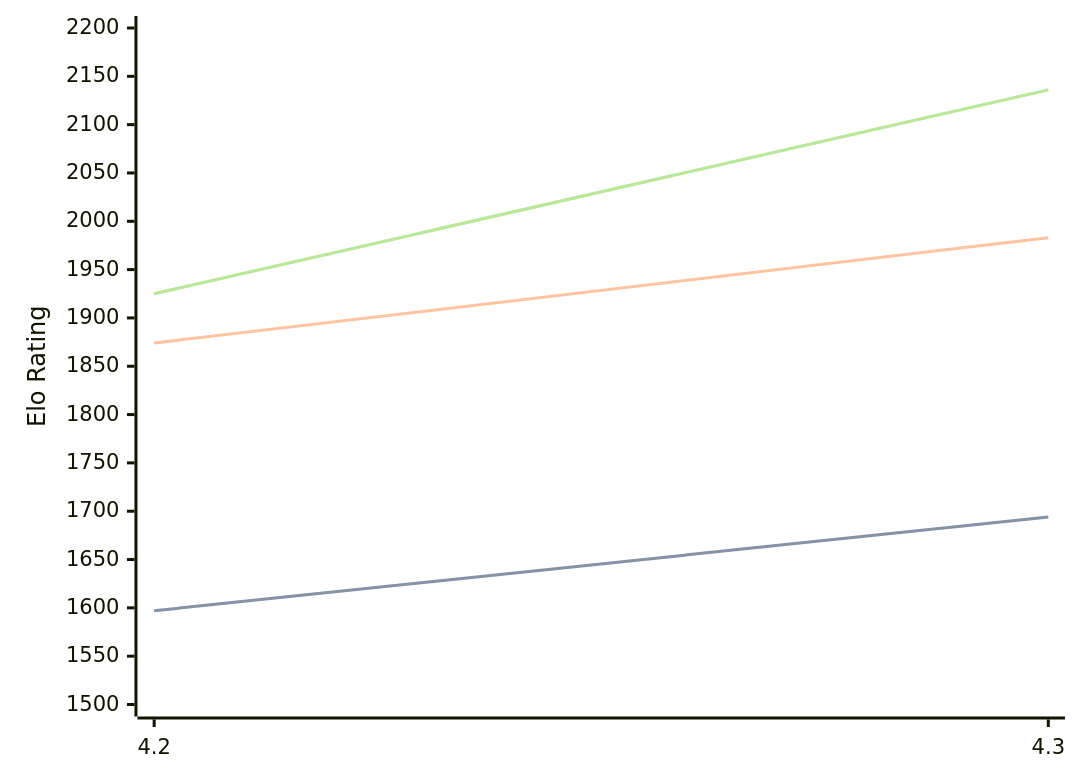
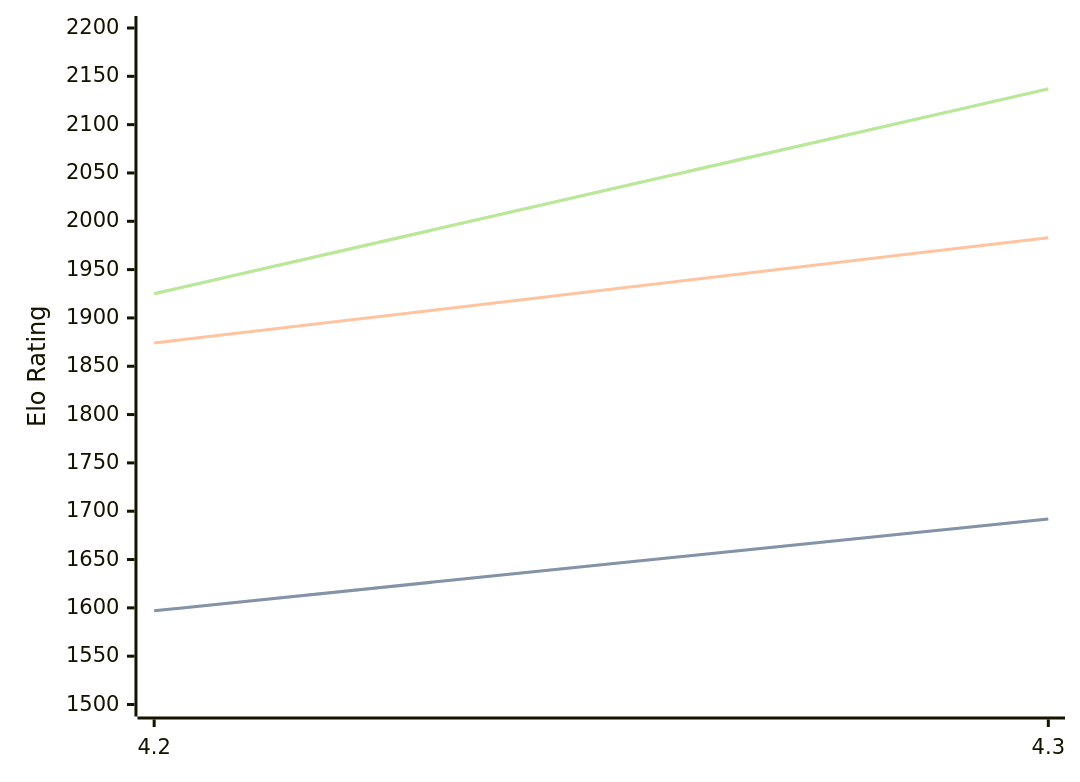
One commit to computer-chess-index/cci changed the diagram in engines/Radiance.md. Above: the diagram before and after it, drawn with Mermaid. The commit also changed other lines of this file, not shown here.

Commit message:
Update CCI Ratings (ELO VLTC) - 2026-04-23

````diff
--- a/engines/Radiance.md
+++ b/engines/Radiance.md
@@ -35,11 +35,11 @@
 ```mermaid
 %%{init: {"theme":"base","themeVariables":{"seriesColors:['#a3a3a3','#222221','#faa371']}}}%%
 xychart-beta
   x-axis ["4.2", "4.3"]
   y-axis "Elo Rating" 1500 --> 2200
-  line "STC (8.0+0.08s)" [1597, 1694]
-  line "STC (8.0+0.08s)" [1597, 1694]
+  line "STC (8.0+0.08s)" [1597, 1692]
+  line "STC (8.0+0.08s)" [1597, 1692]
   line "LTC (60.0+0.60s)" [1874, 1983]
-  line "VLTC (2m24s+1.12s)" [1925, 2136]
-  line "VLTC (2m24s+1.12s)" [1925, 2136]
+  line "VLTC (2m24s+1.12s)" [1925, 2137]
+  line "VLTC (2m24s+1.12s)" [1925, 2137]
 ```
````
